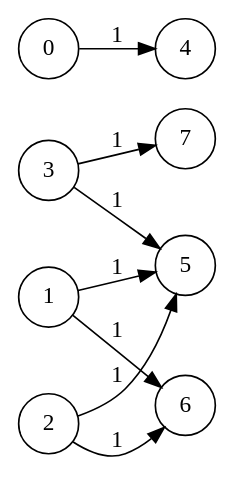
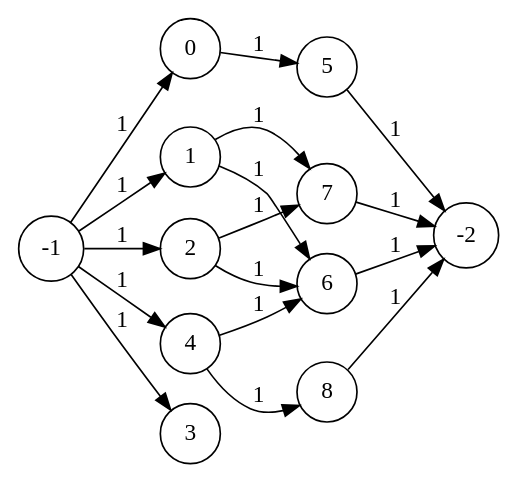
One commit to jodorganistaca/ProjectOcaml changed the diagram in graphs/graph_init.dot. Above: the diagram before and after it, drawn with Graphviz. The commit also changed 11 other files, not shown here.

```diff
--- a/graphs/graph_init.dot
+++ b/graphs/graph_init.dot
@@ -1,12 +1,21 @@
 digraph dot_graph {
   rankdir=LR;
-  size="8,5"
+  size="18,15"
   node [shape=circle];
-  3 -> 7 [label = "1"]; 
-  3 -> 5 [label = "1"]; 
+  0 -> 5 [label = "1"]; 
+  1 -> 6 [label = "1"]; 
+  1 -> 7 [label = "1"]; 
   2 -> 6 [label = "1"]; 
-  2 -> 5 [label = "1"]; 
-  1 -> 6 [label = "1"]; 
-  1 -> 5 [label = "1"]; 
-  0 -> 4 [label = "1"]; 
+  2 -> 7 [label = "1"]; 
+  4 -> 6 [label = "1"]; 
+  4 -> 8 [label = "1"]; 
+  5 -> -2 [label = "1"]; 
+  6 -> -2 [label = "1"]; 
+  7 -> -2 [label = "1"]; 
+  8 -> -2 [label = "1"]; 
+  -1 -> 0 [label = "1"]; 
+  -1 -> 1 [label = "1"]; 
+  -1 -> 2 [label = "1"]; 
+  -1 -> 3 [label = "1"]; 
+  -1 -> 4 [label = "1"]; 
 }
```
